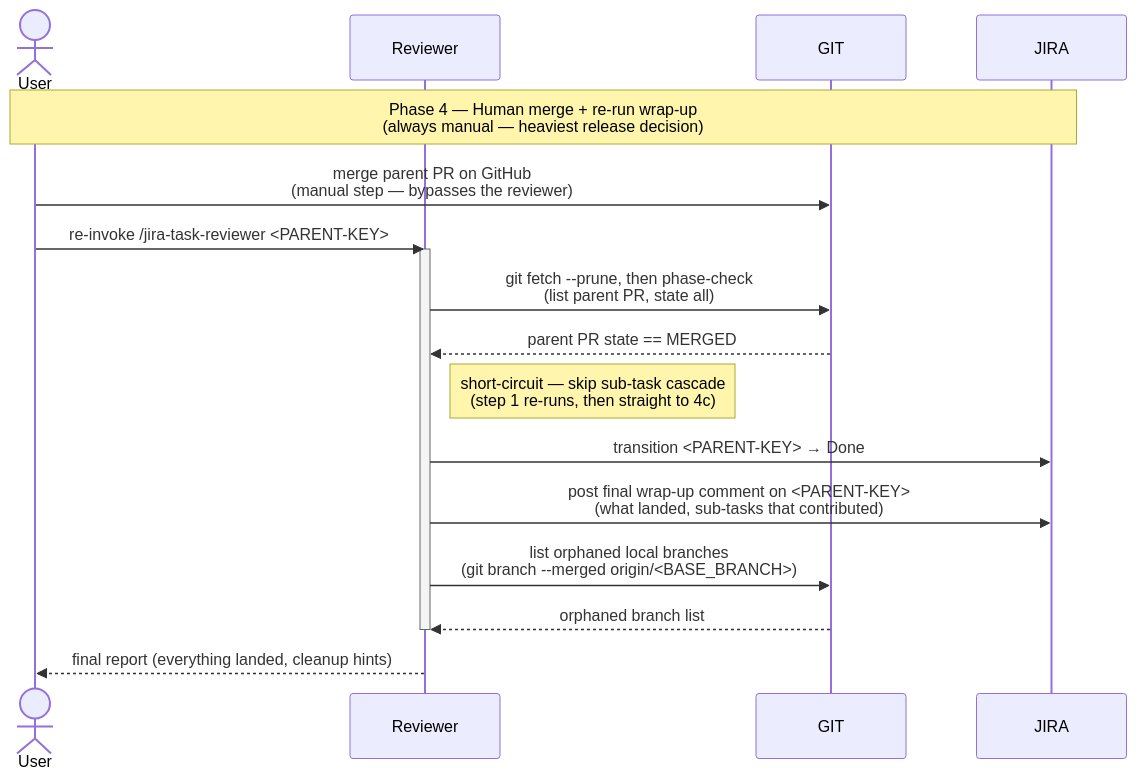
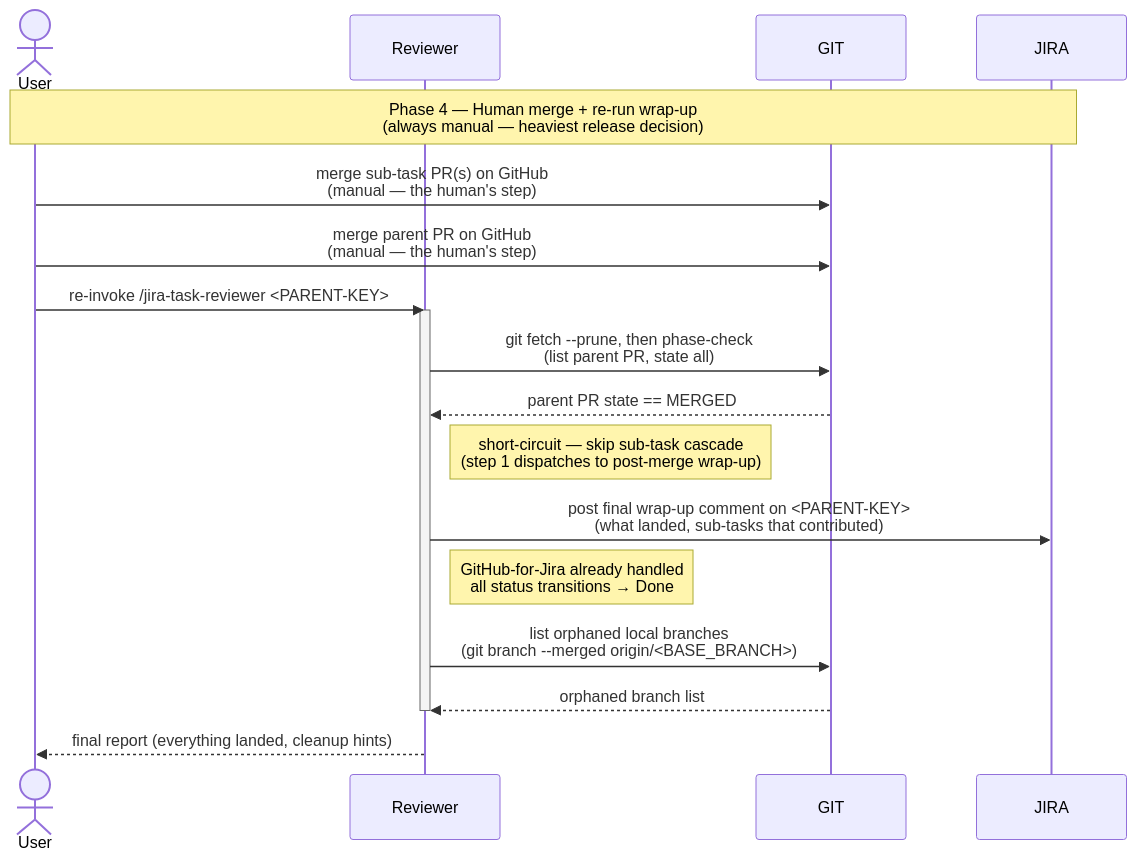
Before and after one commit to kantorv/jira-sdlc-tools: the diagram in plugins/jira-sdlc/docs/TASK-LIFECYCLE-PHASE-4.md, drawn with Mermaid. The commit also changed other lines of this file and 3 other files, not shown here.

````diff
--- a/plugins/jira-sdlc/docs/TASK-LIFECYCLE-PHASE-4.md
+++ b/plugins/jira-sdlc/docs/TASK-LIFECYCLE-PHASE-4.md
@@ -20,23 +22,24 @@
 ```mermaid
 sequenceDiagram
     actor User
     participant Reviewer
     participant GIT
     participant JIRA
 
     Note over User,JIRA: Phase 4 — Human merge + re-run wrap-up<br/>(always manual — heaviest release decision)
-    User->>GIT: merge parent PR on GitHub<br/>(manual step — bypasses the reviewer)
+    User->>GIT: merge sub-task PR(s) on GitHub<br/>(manual — the human's step)
+    User->>GIT: merge parent PR on GitHub<br/>(manual — the human's step)
     User->>Reviewer: re-invoke /jira-task-reviewer <PARENT-KEY>
 
     activate Reviewer
     Reviewer->>GIT: git fetch --prune, then phase-check<br/>(list parent PR, state all)
     GIT-->>Reviewer: parent PR state == MERGED
-    Note right of Reviewer: short-circuit — skip sub-task cascade<br/>(step 1 re-runs, then straight to 4c)
-    Reviewer->>JIRA: transition <PARENT-KEY> → Done
+    Note right of Reviewer: short-circuit — skip sub-task cascade<br/>(step 1 dispatches to post-merge wrap-up)
     Reviewer->>JIRA: post final wrap-up comment on <PARENT-KEY><br/>(what landed, sub-tasks that contributed)
+    Note right of Reviewer: GitHub-for-Jira already handled<br/>all status transitions → Done
     Reviewer->>GIT: list orphaned local branches<br/>(git branch --merged origin/<BASE_BRANCH>)
     GIT-->>Reviewer: orphaned branch list
     deactivate Reviewer
 
     Reviewer-->>User: final report (everything landed, cleanup hints)
 ```
````
